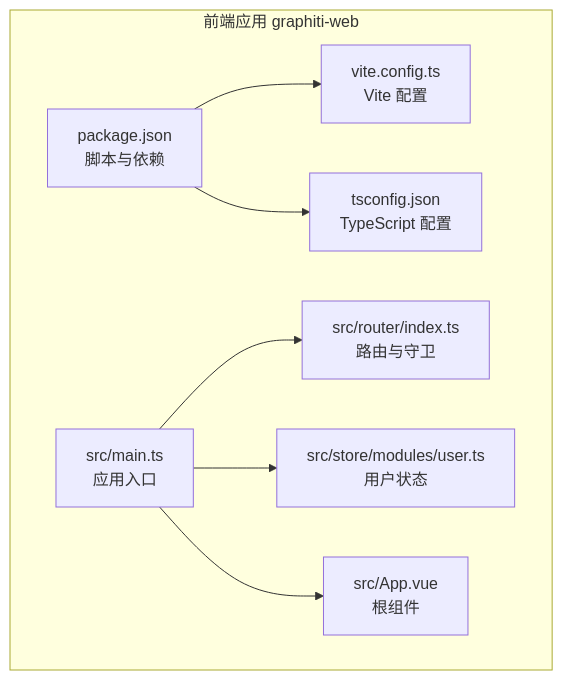
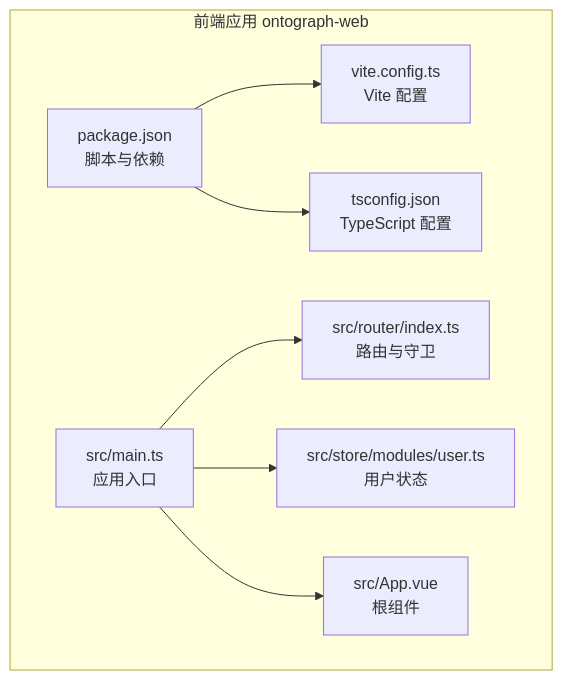
The first of 5 diagrams in docs/manual/前端应用/开发流程.md (joezxh/graphiti-java), drawn with Mermaid before and after one commit. The commit also changed other lines of this file and 200 other files, not shown here.

````diff
--- a/docs/manual/前端应用/开发流程.md
+++ b/docs/manual/前端应用/开发流程.md
@@ -38,17 +38,17 @@
 ```mermaid
 graph TB
-subgraph "前端应用 graphiti-web"
+subgraph "前端应用 ontograph-web"
 A["package.json<br/>脚本与依赖"]
 B["vite.config.ts<br/>Vite 配置"]
 C["tsconfig.json<br/>TypeScript 配置"]
 D["src/main.ts<br/>应用入口"]
 E["src/router/index.ts<br/>路由与守卫"]
 F["src/store/modules/user.ts<br/>用户状态"]
 G["src/App.vue<br/>根组件"]
 end
 A --> B
 A --> C
 D --> E
 D --> F
 D --> G
 ```
````
